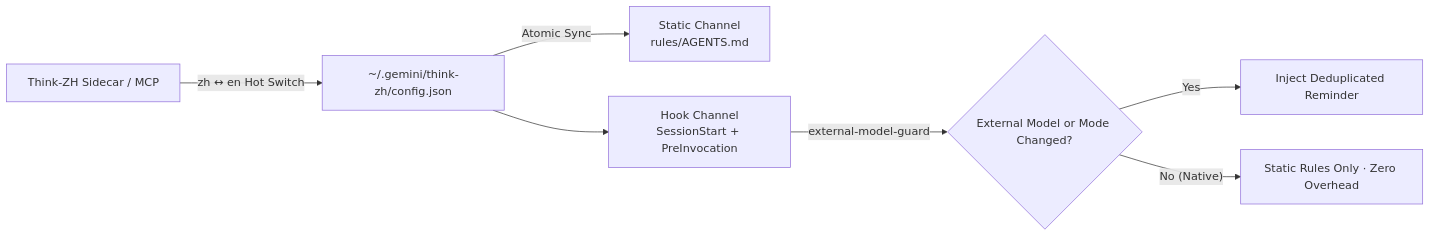
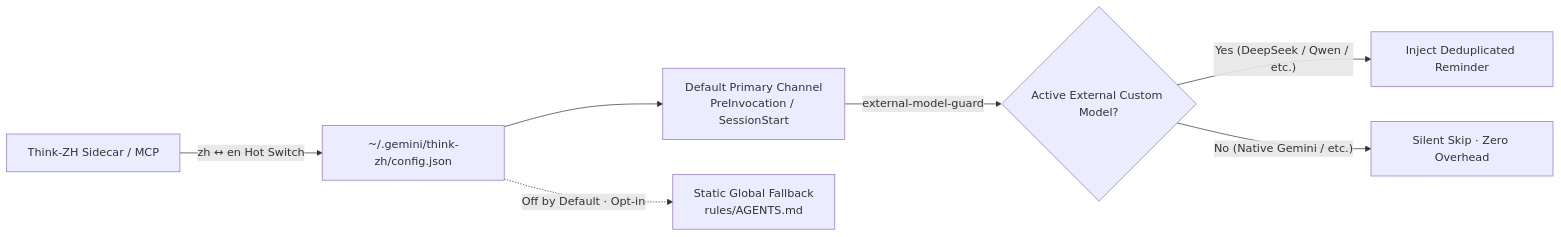
Before and after one commit to A16Nights/antigravity-think-zh: the diagram in README.en.md, drawn with Mermaid. The commit also changed other lines of this file and 11 other files, not shown here.

````diff
--- a/README.en.md
+++ b/README.en.md
@@ -103,9 +110,9 @@
 ```mermaid
 flowchart LR
   UI["Think-ZH Sidecar / MCP"] -->|"zh ↔ en Hot Switch"| CFG["~/.gemini/think-zh/config.json"]
-  CFG -->|"Atomic Sync"| RULE["Static Channel<br/>rules/AGENTS.md"]
-  CFG --> HOOK["Hook Channel<br/>SessionStart + PreInvocation"]
-  HOOK -->|"external-model-guard"| DEC{"External Model or Mode Changed?"}
-  DEC -->|"Yes"| INJ["Inject Deduplicated Reminder"]
-  DEC -->|"No (Native)"| SKIP["Static Rules Only · Zero Overhead"]
+  CFG --> HOOK["Default Primary Channel<br/>PreInvocation / SessionStart"]
+  HOOK -->|"external-model-guard"| DEC{"Active External Custom Model?"}
+  DEC -->|"Yes (DeepSeek / Qwen / etc.)"| INJ["Inject Deduplicated Reminder"]
+  DEC -->|"No (Native Gemini / etc.)"| SKIP["Silent Skip · Zero Overhead"]
+  CFG -.->|"Off by Default · Opt-in"| RULE["Static Global Fallback<br/>rules/AGENTS.md"]
 ```
````
